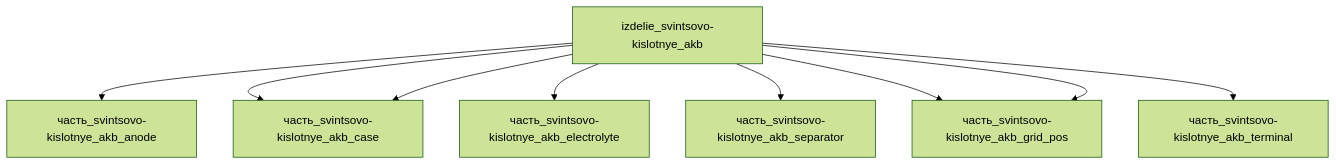
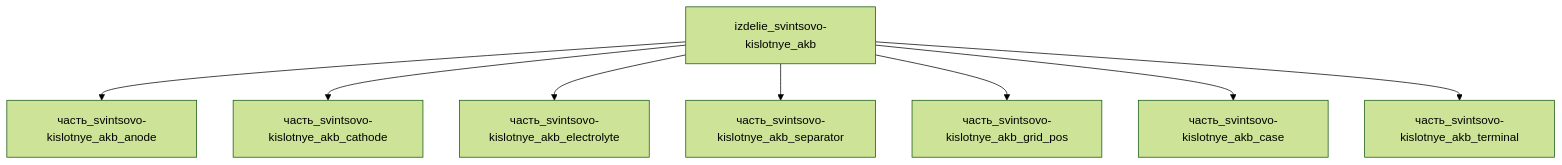
One commit to a-m-e-n-t-e-t/SkyNet changed the diagram in реальные данные/изделия/система_питания/svintsovo-kislotnye_akb/_index.md. Above: the diagram before and after it, drawn with Mermaid (forest theme). The commit also changed other lines of this file and 324 other files, not shown here.

````diff
--- a/реальные данные/изделия/система_питания/svintsovo-kislotnye_akb/_index.md
+++ b/реальные данные/изделия/система_питания/svintsovo-kislotnye_akb/_index.md
@@ -245,19 +243,18 @@
 ```mermaid
 graph TD
-    svintsovo-kislotnye_["izdelie_svintsovo-kislotnye_akb"]
-    svintsovo-kislotnye_akb_a["часть_svintsovo-kislotnye_akb_anode"]
-    svintsovo-kislotnye_ --> svintsovo-kislotnye_akb_a
-    svintsovo-kislotnye_akb_c["часть_svintsovo-kislotnye_akb_cathode"]
-    svintsovo-kislotnye_ --> svintsovo-kislotnye_akb_c
-    svintsovo-kislotnye_akb_e["часть_svintsovo-kislotnye_akb_electrolyte"]
-    svintsovo-kislotnye_ --> svintsovo-kislotnye_akb_e
-    svintsovo-kislotnye_akb_s["часть_svintsovo-kislotnye_akb_separator"]
-    svintsovo-kislotnye_ --> svintsovo-kislotnye_akb_s
-    svintsovo-kislotnye_akb_g["часть_svintsovo-kislotnye_akb_grid_pos"]
-    svintsovo-kislotnye_ --> svintsovo-kislotnye_akb_g
-    svintsovo-kislotnye_ --> svintsovo-kislotnye_akb_g
-    svintsovo-kislotnye_akb_c["часть_svintsovo-kislotnye_akb_case"]
-    svintsovo-kislotnye_ --> svintsovo-kislotnye_akb_c
-    svintsovo-kislotnye_akb_t["часть_svintsovo-kislotnye_akb_terminal"]
-    svintsovo-kislotnye_ --> svintsovo-kislotnye_akb_t
+    izdelie_svintsovo_kislotnye_akb["izdelie_svintsovo-kislotnye_akb"]
+    ______svintsovo_kislotnye_akb_anode["часть_svintsovo-kislotnye_akb_anode"]
+    izdelie_svintsovo_kislotnye_akb --> ______svintsovo_kislotnye_akb_anode
+    ______svintsovo_kislotnye_akb_cathode["часть_svintsovo-kislotnye_akb_cathode"]
+    izdelie_svintsovo_kislotnye_akb --> ______svintsovo_kislotnye_akb_cathode
+    ______svintsovo_kislotnye_akb_electrolyte["часть_svintsovo-kislotnye_akb_electrolyte"]
+    izdelie_svintsovo_kislotnye_akb --> ______svintsovo_kislotnye_akb_electrolyte
+    ______svintsovo_kislotnye_akb_separator["часть_svintsovo-kislotnye_akb_separator"]
+    izdelie_svintsovo_kislotnye_akb --> ______svintsovo_kislotnye_akb_separator
+    ______svintsovo_kislotnye_akb_grid_pos["часть_svintsovo-kislotnye_akb_grid_pos"]
+    izdelie_svintsovo_kislotnye_akb --> ______svintsovo_kislotnye_akb_grid_pos
+    ______svintsovo_kislotnye_akb_case["часть_svintsovo-kislotnye_akb_case"]
+    izdelie_svintsovo_kislotnye_akb --> ______svintsovo_kislotnye_akb_case
+    ______svintsovo_kislotnye_akb_terminal["часть_svintsovo-kislotnye_akb_terminal"]
+    izdelie_svintsovo_kislotnye_akb --> ______svintsovo_kislotnye_akb_terminal
 ```
````
